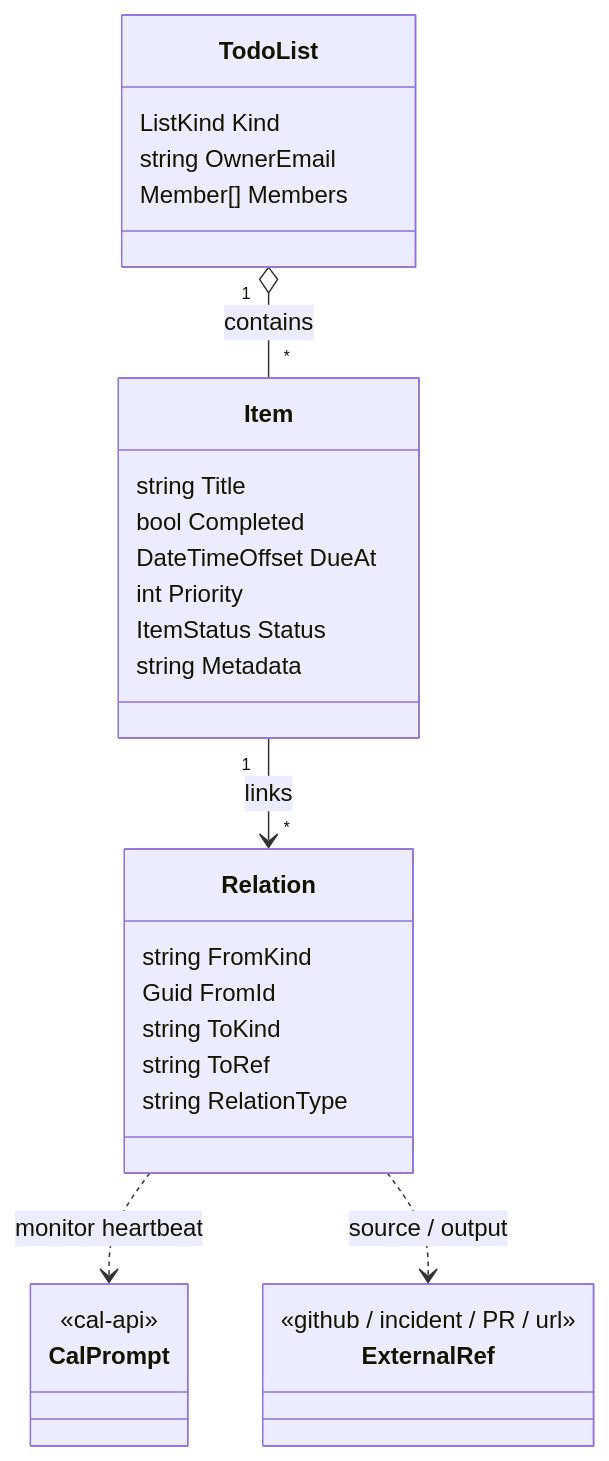
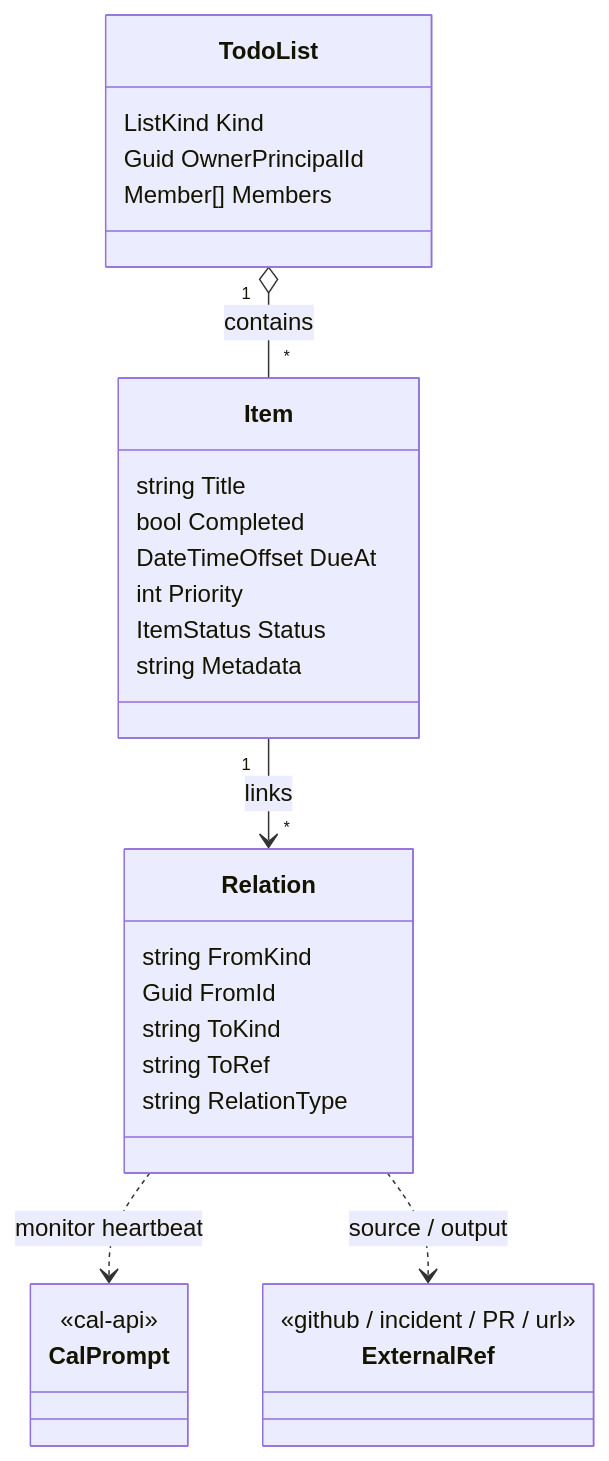
Before and after one commit to danbro96/LupiraTasksApi: the diagram in docs/tracking-backbone.md, drawn with Mermaid. The commit also changed other lines of this file and 50 other files, not shown here.

First line of the commit message:
Anchor identity on internal PrincipalId (email → Principal)

````diff
--- a/docs/tracking-backbone.md
+++ b/docs/tracking-backbone.md
@@ -39,33 +39,33 @@
 ```mermaid
 classDiagram
   class TodoList {
     ListKind Kind
-    string OwnerEmail
+    Guid OwnerPrincipalId
     Member[] Members
   }
   class Item {
     string Title
     bool Completed
     DateTimeOffset DueAt
     int Priority
     ItemStatus Status
     string Metadata
   }
   class Relation {
     string FromKind
     Guid FromId
     string ToKind
     string ToRef
     string RelationType
   }
   class CalPrompt {
     <<cal-api>>
   }
   class ExternalRef {
     <<github / incident / PR / url>>
   }
   TodoList "1" o-- "*" Item : contains
   Item "1" --> "*" Relation : links
   Relation ..> CalPrompt : monitor heartbeat
   Relation ..> ExternalRef : source / output
 ```
````
